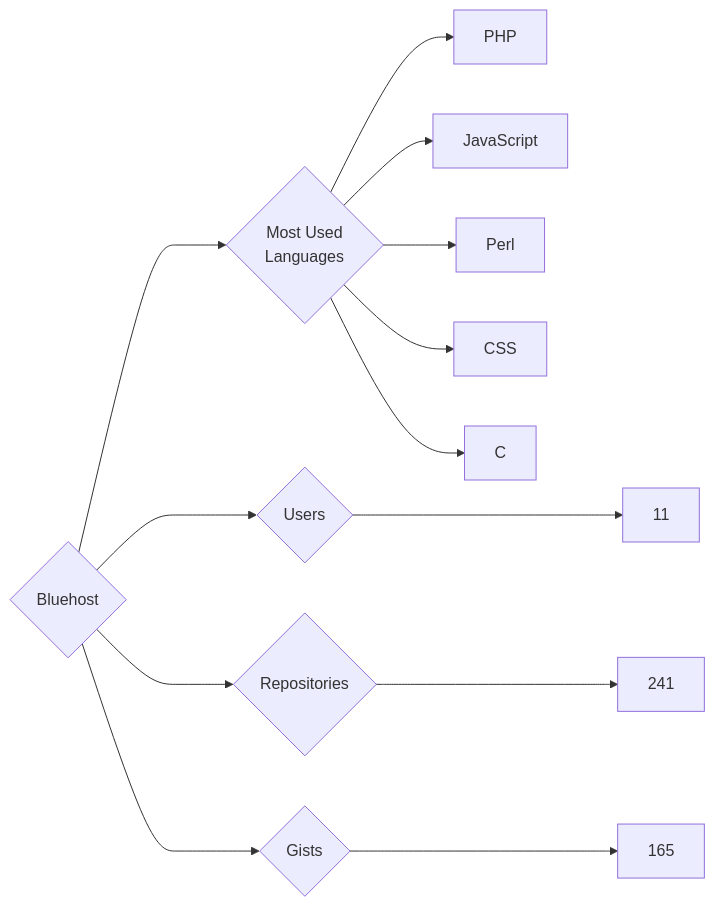
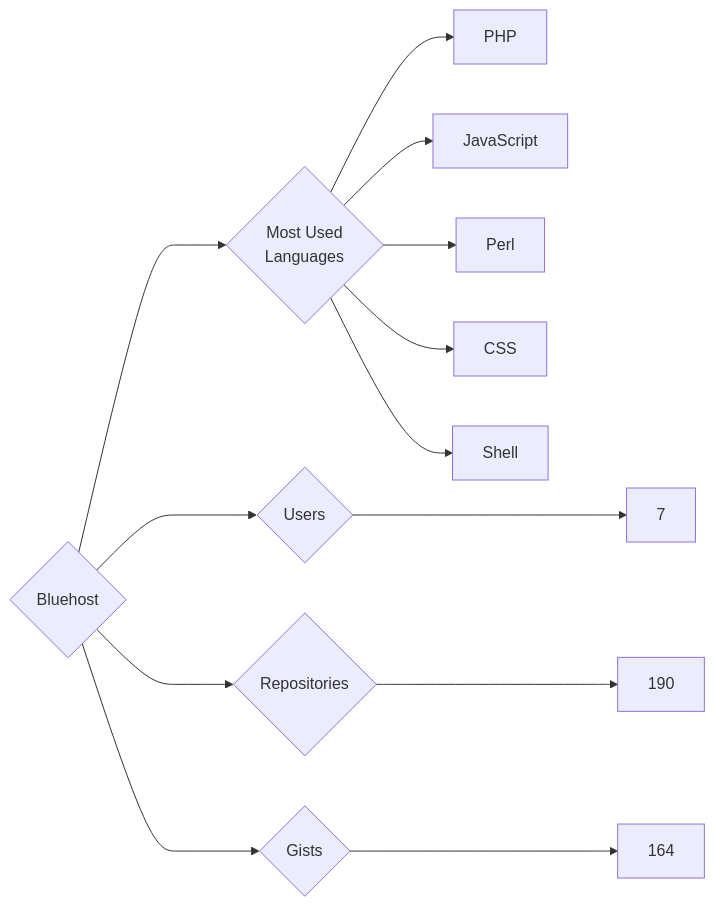
Before and after one commit to trickest/insiders: the diagram in targets/Bluehost/README.md, drawn with Mermaid. The commit also changed 951 other files, not shown here.

````diff
--- a/targets/Bluehost/README.md
+++ b/targets/Bluehost/README.md
@@ -3,13 +3,13 @@
 ```mermaid
 graph LR
 COMPANY_NAME{Bluehost}
-COMPANY_NAME ---> U{Users} ---> UN[11]
-COMPANY_NAME ---> R{Repositories} ---> RN[241]
-COMPANY_NAME ---> G{Gists} ---> GN[165]
+COMPANY_NAME ---> U{Users} ---> UN[7]
+COMPANY_NAME ---> R{Repositories} ---> RN[190]
+COMPANY_NAME ---> G{Gists} ---> GN[164]
 COMPANY_NAME ---> ML{Most Used<br>Languages}
-ML --> PHP
-ML --> JavaScript
-ML --> Perl
-ML --> CSS
-ML --> C
+ML --> PHP[PHP]
+ML --> JavaScript[JavaScript]
+ML --> Perl[Perl]
+ML --> CSS[CSS]
+ML --> Shell[Shell]
 ```
````
